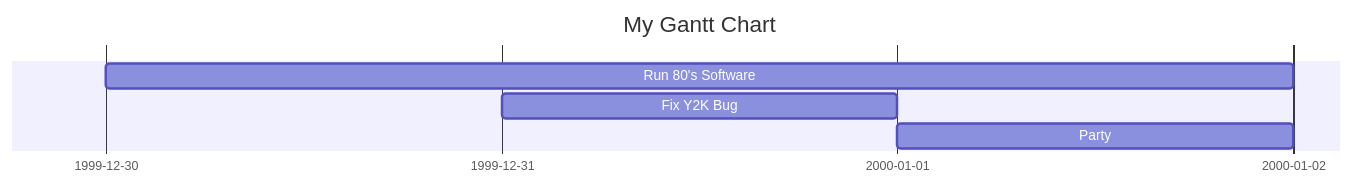
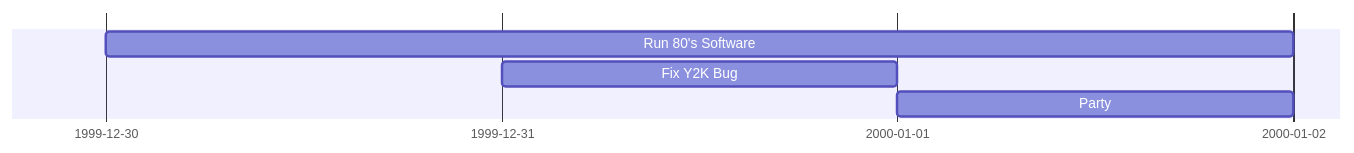
One commit to fhnw-imvs/fhnw-ipro-indoor-climate changed the diagram in level-0/README.md. Above: the diagram before and after it, drawn with Mermaid.

````diff
--- a/level-0/README.md
+++ b/level-0/README.md
@@ -2,9 +2,8 @@
 ```mermaid
 gantt
-    title My Gantt Chart
     dateFormat YYYY-MM-DD
     tickInterval 1day
     Run 80's Software :t0, 1999-12-30, 3d
     Fix Y2K Bug       :t1, 1999-12-31, 1d
     Party             :t2, after t1, 1d
 ```
````
